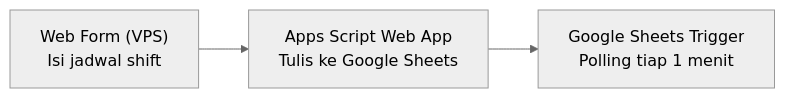
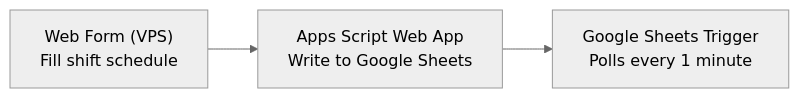
One commit to Agungtrimahmudi-automation/Jurnal-Siaga changed the first of 2 diagrams in README.md. Above: the diagram before and after it, drawn with Mermaid (neutral theme). The commit also changed other lines of this file, not shown here.

````diff
--- a/README.md
+++ b/README.md
@@ -84,5 +84,5 @@
 ```mermaid
 flowchart LR
-    A["Web Form (VPS)<br/>Isi jadwal shift"] --> B["Apps Script Web App<br/>Tulis ke Google Sheets"]
-    B --> C["Google Sheets Trigger<br/>Polling tiap 1 menit"]
+    A["Web Form (VPS)<br/>Fill shift schedule"] --> B["Apps Script Web App<br/>Write to Google Sheets"]
+    B --> C["Google Sheets Trigger<br/>Polls every 1 minute"]
 ```
````
